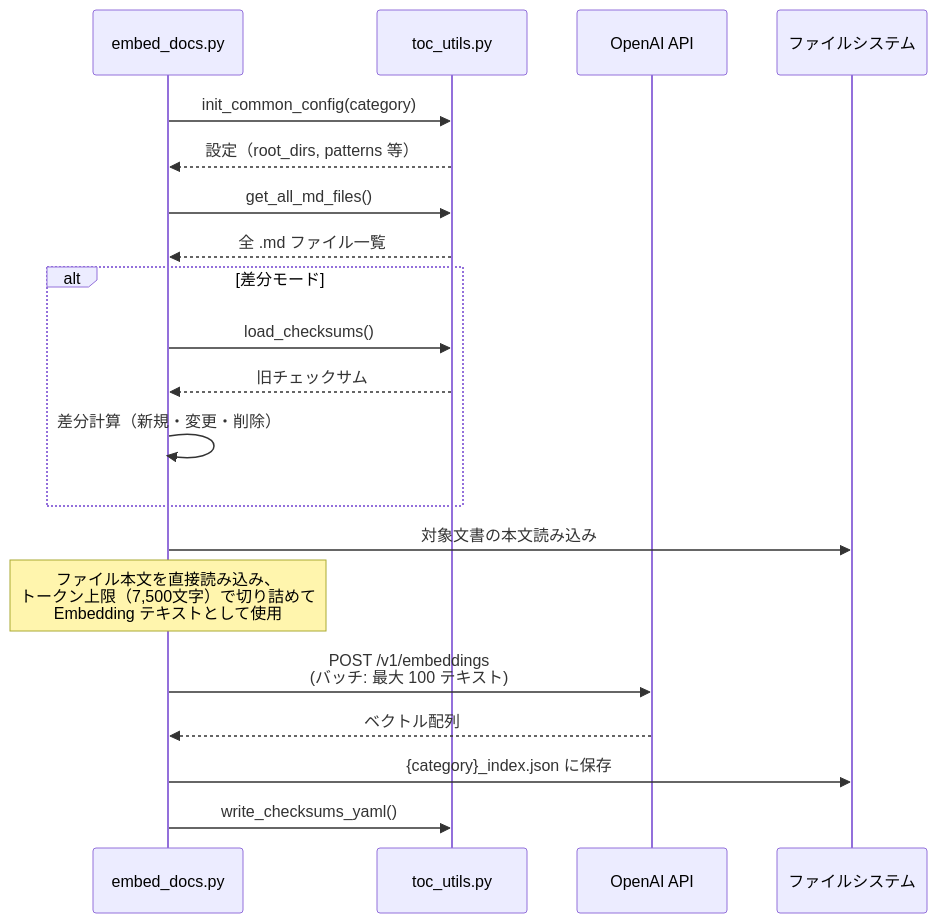
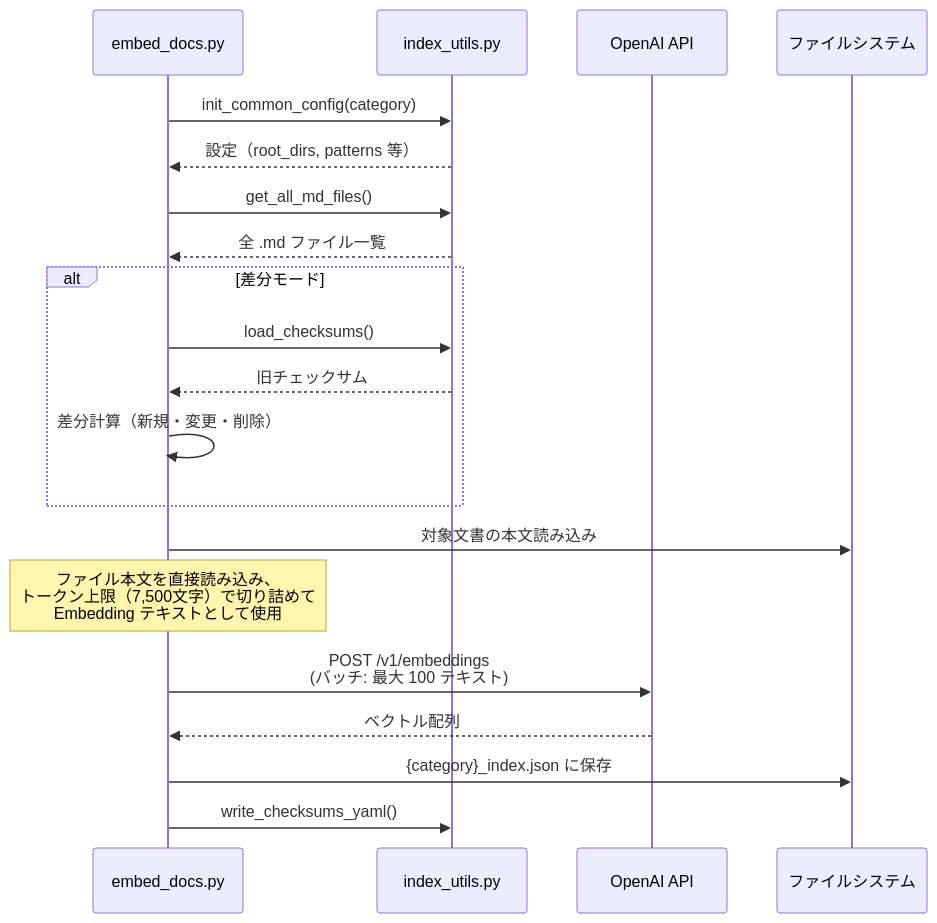
One commit to BlueEventHorizon/bw-cc-plugins changed the third of 5 diagrams in docs/specs/doc-advisor/semantic-query/design/DES-006_semantic_search_design.md. Above: the diagram before and after it, drawn with Mermaid. The commit also changed other lines of this file and 9 other files, not shown here.

````diff
--- a/docs/specs/doc-advisor/semantic-query/design/DES-006_semantic_search_design.md
+++ b/docs/specs/doc-advisor/semantic-query/design/DES-006_semantic_search_design.md
@@ -137,28 +137,28 @@
 ```mermaid
 sequenceDiagram
     participant Script as embed_docs.py
-    participant Utils as toc_utils.py
+    participant Utils as index_utils.py
     participant API as OpenAI API
     participant FS as ファイルシステム
 
     Script->>Utils: init_common_config(category)
     Utils-->>Script: 設定（root_dirs, patterns 等）
 
     Script->>Utils: get_all_md_files()
     Utils-->>Script: 全 .md ファイル一覧
 
     alt 差分モード
         Script->>Utils: load_checksums()
         Utils-->>Script: 旧チェックサム
         Script->>Script: 差分計算（新規・変更・削除）
     end
 
     Script->>FS: 対象文書の本文読み込み
     Note over Script: ファイル本文を直接読み込み、<br/>トークン上限（7,500文字）で切り詰めて<br/>Embedding テキストとして使用
 
     Script->>API: POST /v1/embeddings<br/>(バッチ: 最大 100 テキスト)
     API-->>Script: ベクトル配列
 
     Script->>FS: {category}_index.json に保存
     Script->>Utils: write_checksums_yaml()
 ```
````
